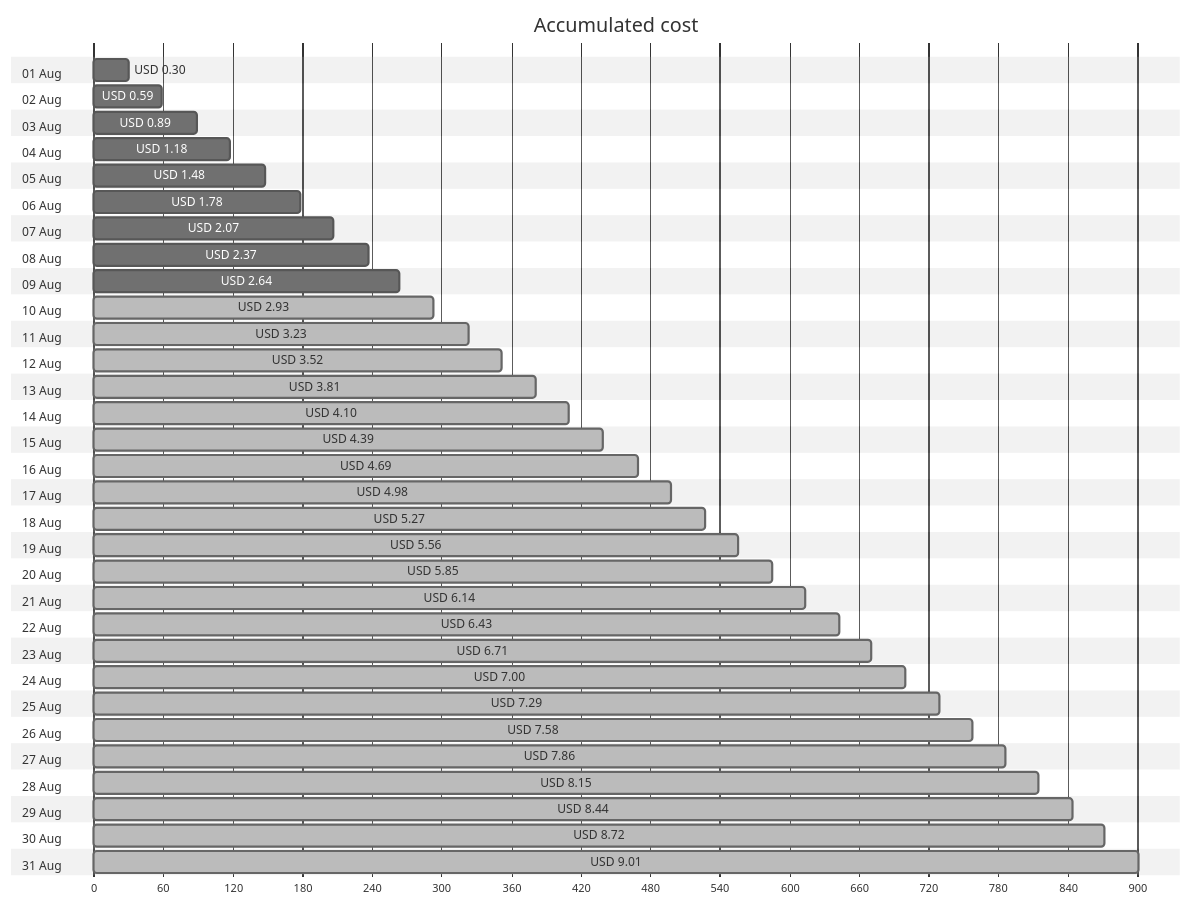
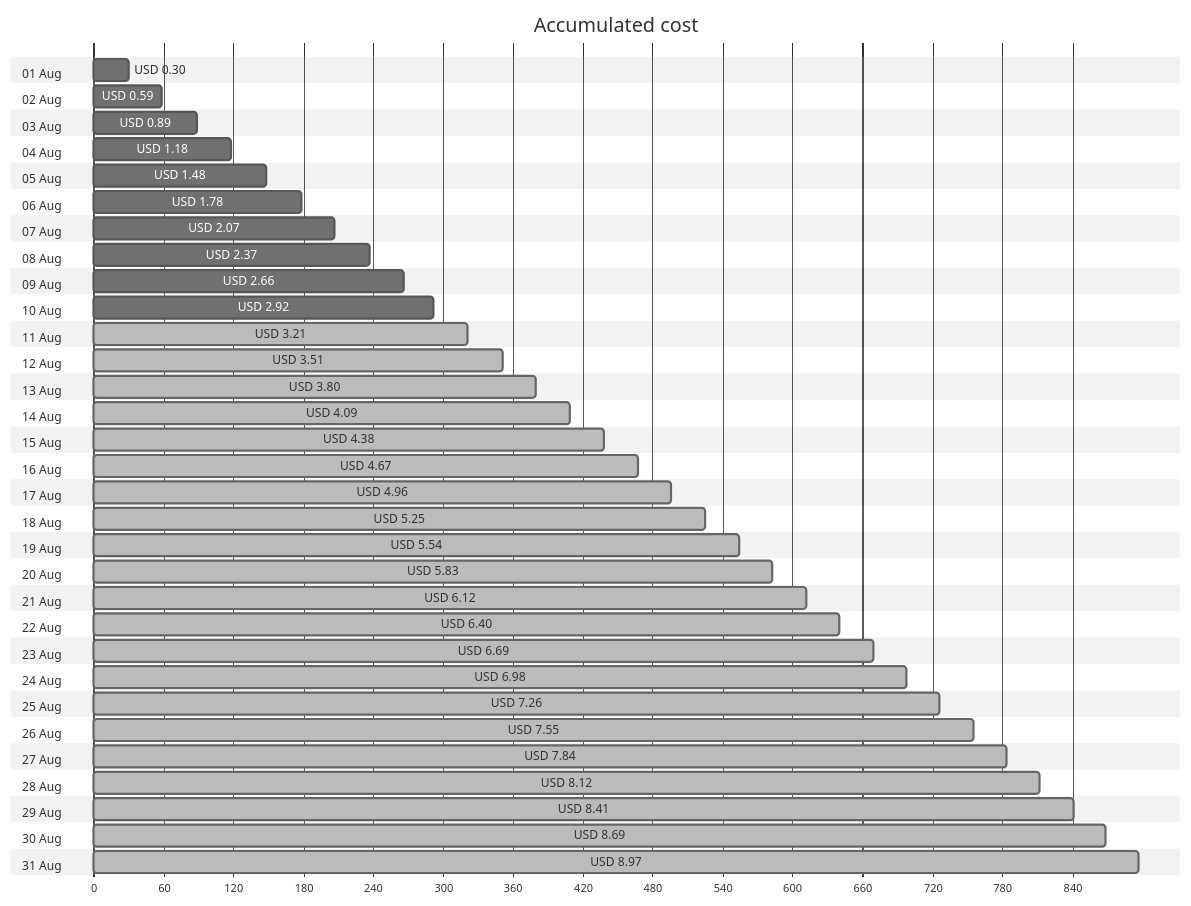
The first of 4 diagrams in cost-reports/personal-site/personal-site.md (jpfulton/azure-personal-reports), drawn with Mermaid (neutral theme) before and after one commit. The commit also changed other lines of this file and 6 other files, not shown here.

````diff
--- a/cost-reports/personal-site/personal-site.md
+++ b/cost-reports/personal-site/personal-site.md
@@ -20,68 +20,68 @@
 ```mermaid
 gantt
    title Accumulated cost
    dateFormat  X
    axisFormat %s
    section 01 Aug
    USD 0.30 :0, 30
    section 02 Aug
    USD 0.59 :0, 59
    section 03 Aug
    USD 0.89 :0, 89
    section 04 Aug
    USD 1.18 :0, 118
    section 05 Aug
    USD 1.48 :0, 148
    section 06 Aug
    USD 1.78 :0, 178
    section 07 Aug
    USD 2.07 :0, 207
    section 08 Aug
    USD 2.37 :0, 237
    section 09 Aug
-   USD 2.64 :0, 264
+   USD 2.66 :0, 266
    section 10 Aug
-   USD 2.93 : done, 0, 293
+   USD 2.92 :0, 292
    section 11 Aug
-   USD 3.23 : done, 0, 323
+   USD 3.21 : done, 0, 321
    section 12 Aug
-   USD 3.52 : done, 0, 352
+   USD 3.51 : done, 0, 351
    section 13 Aug
-   USD 3.81 : done, 0, 381
+   USD 3.80 : done, 0, 380
    section 14 Aug
-   USD 4.10 : done, 0, 410
+   USD 4.09 : done, 0, 409
    section 15 Aug
-   USD 4.39 : done, 0, 439
+   USD 4.38 : done, 0, 438
    section 16 Aug
-   USD 4.69 : done, 0, 469
+   USD 4.67 : done, 0, 467
    section 17 Aug
-   USD 4.98 : done, 0, 498
+   USD 4.96 : done, 0, 496
    section 18 Aug
-   USD 5.27 : done, 0, 527
+   USD 5.25 : done, 0, 525
    section 19 Aug
-   USD 5.56 : done, 0, 556
+   USD 5.54 : done, 0, 554
    section 20 Aug
-   USD 5.85 : done, 0, 585
+   USD 5.83 : done, 0, 583
    section 21 Aug
-   USD 6.14 : done, 0, 614
+   USD 6.12 : done, 0, 612
    section 22 Aug
-   USD 6.43 : done, 0, 643
+   USD 6.40 : done, 0, 640
    section 23 Aug
-   USD 6.71 : done, 0, 671
+   USD 6.69 : done, 0, 669
    section 24 Aug
-   USD 7.00 : done, 0, 700
+   USD 6.98 : done, 0, 698
    section 25 Aug
-   USD 7.29 : done, 0, 729
+   USD 7.26 : done, 0, 726
    section 26 Aug
-   USD 7.58 : done, 0, 758
+   USD 7.55 : done, 0, 755
    section 27 Aug
-   USD 7.86 : done, 0, 786
+   USD 7.84 : done, 0, 784
    section 28 Aug
-   USD 8.15 : done, 0, 815
+   USD 8.12 : done, 0, 812
    section 29 Aug
-   USD 8.44 : done, 0, 844
+   USD 8.41 : done, 0, 841
    section 30 Aug
-   USD 8.72 : done, 0, 872
+   USD 8.69 : done, 0, 869
    section 31 Aug
-   USD 9.01 : done, 0, 901
+   USD 8.97 : done, 0, 897
 ```
````
